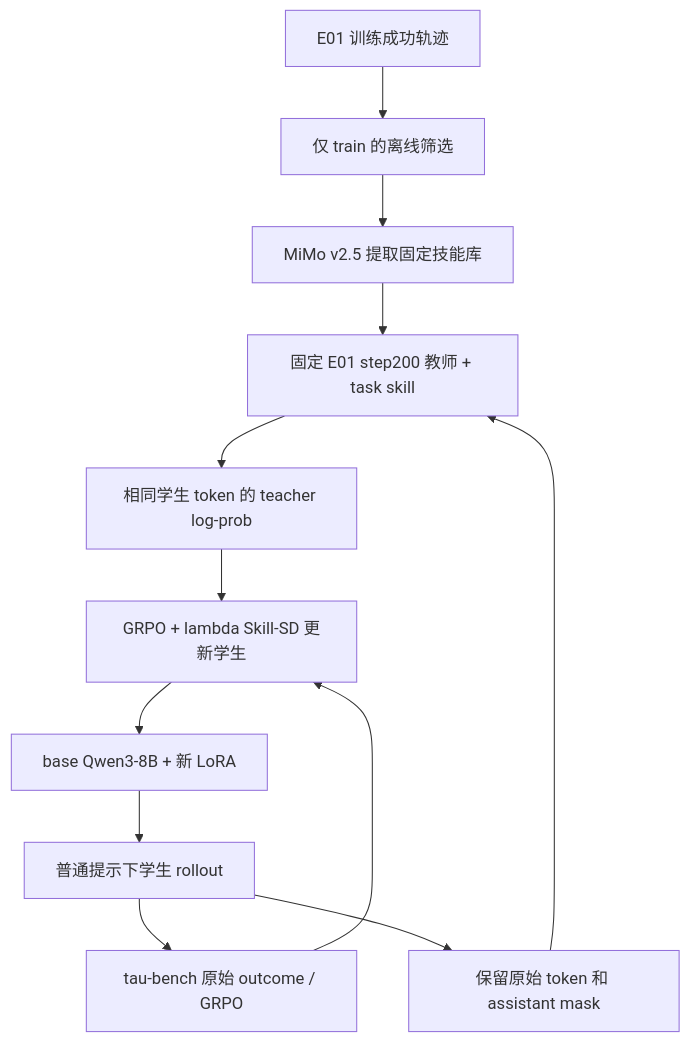
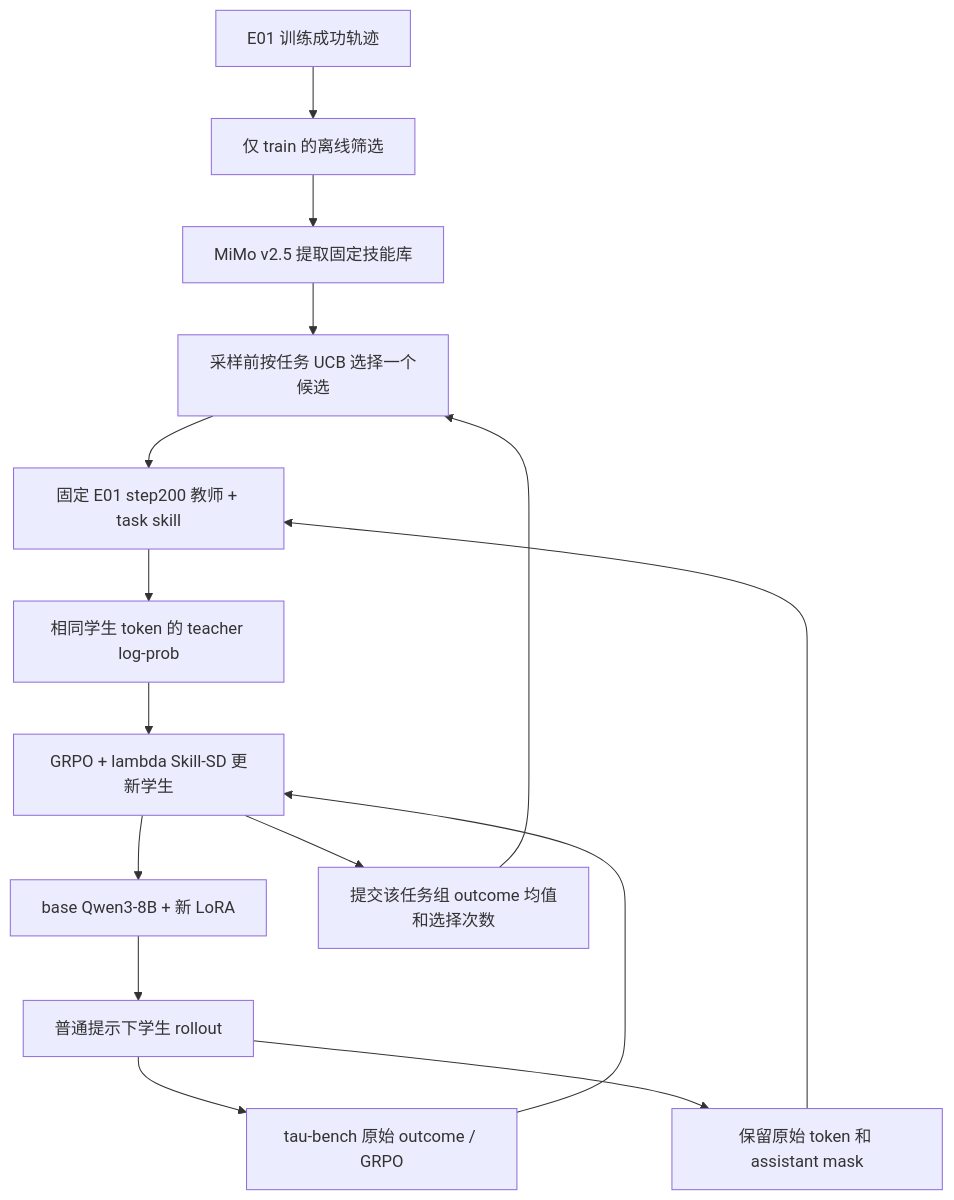
The diagram in agentic-grpo-longhorizon/docs/grpo_skill_sd_cpu_plan.md (Jarod-Leo/agentic-grpo-longhorizon), drawn with Mermaid before and after one commit. The commit also changed other lines of this file and 15 other files, not shown here.

Commit message:
Add task-local UCB skill selection with checkpointed statistics

````diff
--- a/agentic-grpo-longhorizon/docs/grpo_skill_sd_cpu_plan.md
+++ b/agentic-grpo-longhorizon/docs/grpo_skill_sd_cpu_plan.md
@@ -79,14 +101,17 @@
 ```mermaid
 flowchart TD
     A[E01 训练成功轨迹] --> B[仅 train 的离线筛选]
     B --> C[MiMo v2.5 提取固定技能库]
     D[base Qwen3-8B + 新 LoRA] --> E[普通提示下学生 rollout]
     E --> F[tau-bench 原始 outcome / GRPO]
     E --> G[保留原始 token 和 assistant mask]
-    C --> H[固定 E01 step200 教师 + task skill]
+    C --> U[采样前按任务 UCB 选择一个候选]
+    U --> H[固定 E01 step200 教师 + task skill]
     G --> H
     H --> I[相同学生 token 的 teacher log-prob]
     F --> J[GRPO + lambda Skill-SD 更新学生]
     I --> J
     J --> D
+    J --> K[提交该任务组 outcome 均值和选择次数]
+    K --> U
 ```
````
